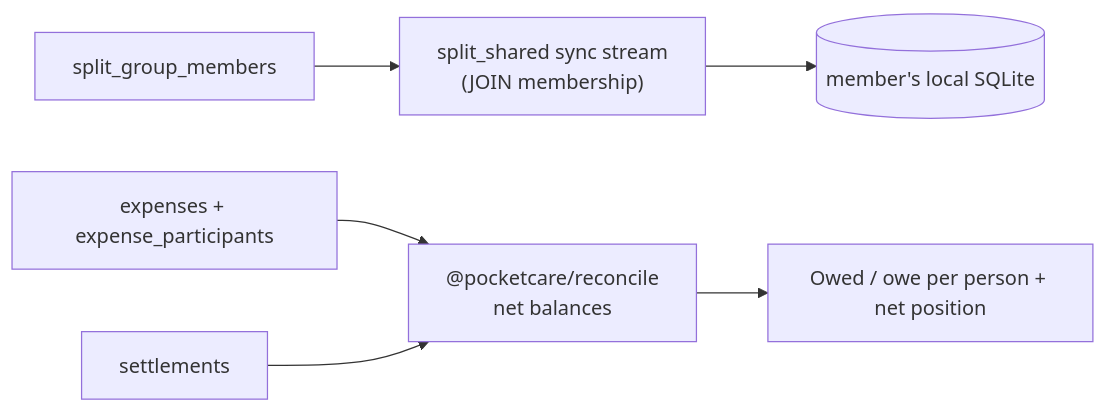
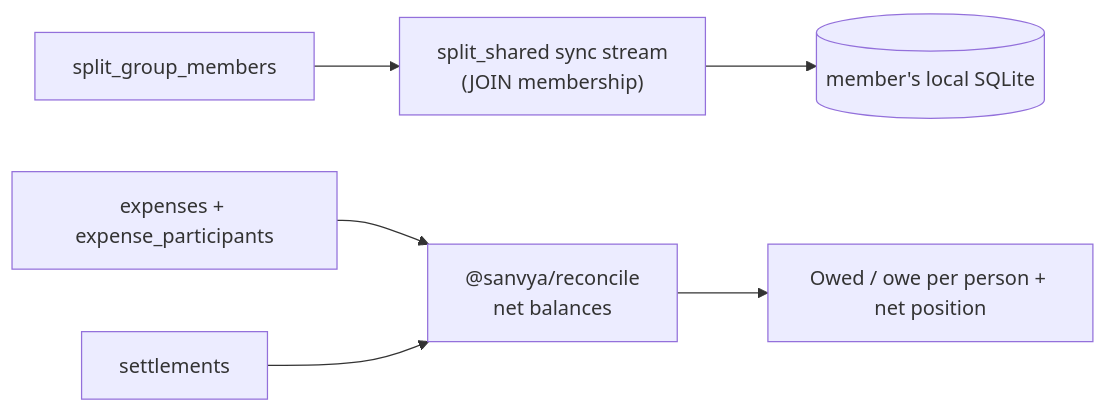
One commit to replyto-pocketcare/pocketcare-app changed the second of 2 diagrams in docs/features/splits.md. Above: the diagram before and after it, drawn with Mermaid. The commit also changed other lines of this file and 451 other files, not shown here.

Commit message:
refactor: Rename SanvyaSchema and sanvya.db to PocketCareSchema and pocketcare.db

````diff
--- a/docs/features/splits.md
+++ b/docs/features/splits.md
@@ -19,8 +19,8 @@
 ```mermaid
 flowchart LR
     Members["split_group_members"] --> Stream["split_shared sync stream\n(JOIN membership)"]
     Stream --> Local[("member's local SQLite")]
-    Expenses["expenses + expense_participants"] --> Recon["@pocketcare/reconcile\nnet balances"]
+    Expenses["expenses + expense_participants"] --> Recon["@sanvya/reconcile\nnet balances"]
     Settlements["settlements"] --> Recon
     Recon --> UI["Owed / owe per person + net position"]
 ```
````
